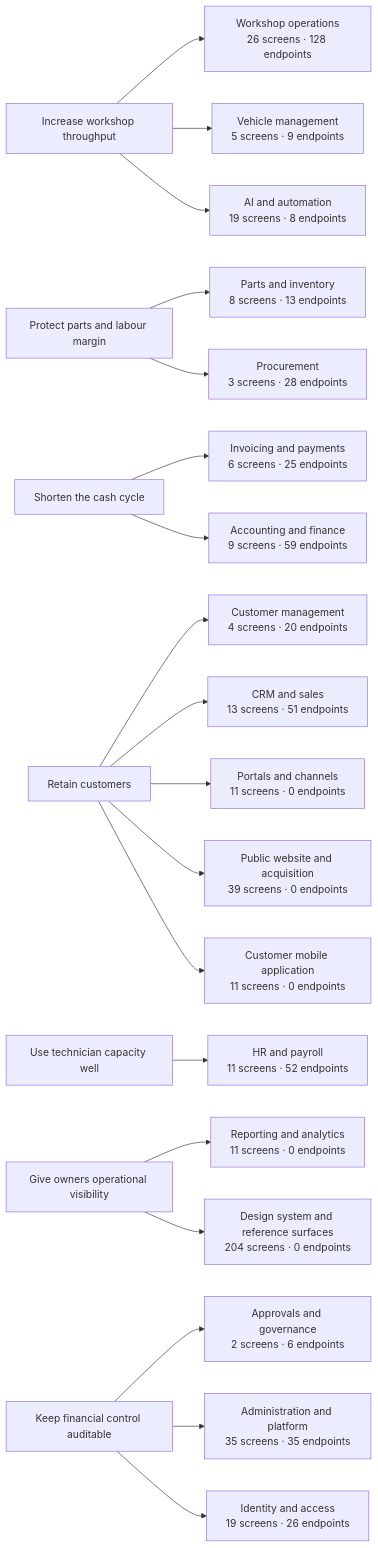
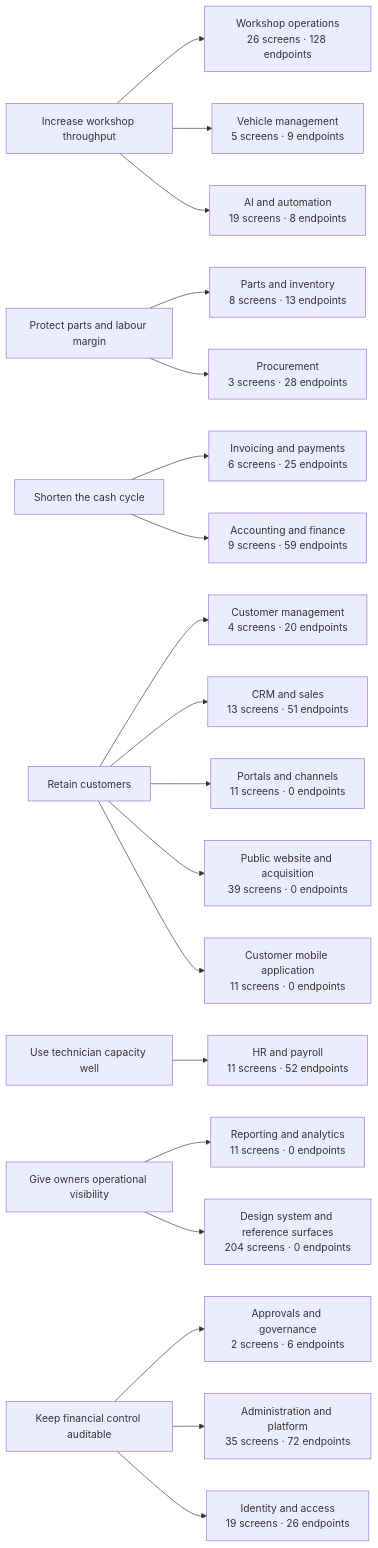
The diagram in docs/07_BUSINESS_ANALYSIS/BUSINESS_CAPABILITY_MAP.md (tazamohd/SlClNe), drawn with Mermaid before and after one commit. The commit also changed other lines of this file and 65 other files, not shown here.

````diff
--- a/docs/07_BUSINESS_ANALYSIS/BUSINESS_CAPABILITY_MAP.md
+++ b/docs/07_BUSINESS_ANALYSIS/BUSINESS_CAPABILITY_MAP.md
@@ -22,46 +22,46 @@
 ```mermaid
 flowchart LR
   OBJ_THROUGHPUT["Increase workshop throughput"]
   OBJ_MARGIN["Protect parts and labour margin"]
   OBJ_CASH["Shorten the cash cycle"]
   OBJ_RETENTION["Retain customers"]
   OBJ_CAPACITY["Use technician capacity well"]
   OBJ_VISIBILITY["Give owners operational visibility"]
   OBJ_CONTROL["Keep financial control auditable"]
   CAP_WORKSHOP["Workshop operations<br/>26 screens · 128 endpoints"]
   OBJ_THROUGHPUT --> CAP_WORKSHOP
   CAP_CUSTOMERS["Customer management<br/>4 screens · 20 endpoints"]
   OBJ_RETENTION --> CAP_CUSTOMERS
   CAP_VEHICLES["Vehicle management<br/>5 screens · 9 endpoints"]
   OBJ_THROUGHPUT --> CAP_VEHICLES
   CAP_INVENTORY["Parts and inventory<br/>8 screens · 13 endpoints"]
   OBJ_MARGIN --> CAP_INVENTORY
   CAP_PROCUREMENT["Procurement<br/>3 screens · 28 endpoints"]
   OBJ_MARGIN --> CAP_PROCUREMENT
   CAP_BILLING["Invoicing and payments<br/>6 screens · 25 endpoints"]
   OBJ_CASH --> CAP_BILLING
   CAP_ACCOUNTING["Accounting and finance<br/>9 screens · 59 endpoints"]
   OBJ_CASH --> CAP_ACCOUNTING
   CAP_HR["HR and payroll<br/>11 screens · 52 endpoints"]
   OBJ_CAPACITY --> CAP_HR
   CAP_CRM["CRM and sales<br/>13 screens · 51 endpoints"]
   OBJ_RETENTION --> CAP_CRM
   CAP_REPORTING["Reporting and analytics<br/>11 screens · 0 endpoints"]
   OBJ_VISIBILITY --> CAP_REPORTING
   CAP_GOVERNANCE["Approvals and governance<br/>2 screens · 6 endpoints"]
   OBJ_CONTROL --> CAP_GOVERNANCE
   CAP_PORTALS["Portals and channels<br/>11 screens · 0 endpoints"]
   OBJ_RETENTION --> CAP_PORTALS
   CAP_AI["AI and automation<br/>19 screens · 8 endpoints"]
   OBJ_THROUGHPUT --> CAP_AI
-  CAP_PLATFORM["Administration and platform<br/>35 screens · 35 endpoints"]
+  CAP_PLATFORM["Administration and platform<br/>35 screens · 72 endpoints"]
   OBJ_CONTROL --> CAP_PLATFORM
   CAP_IDENTITY["Identity and access<br/>19 screens · 26 endpoints"]
   OBJ_CONTROL --> CAP_IDENTITY
   CAP_WEBSITE["Public website and acquisition<br/>39 screens · 0 endpoints"]
   OBJ_RETENTION --> CAP_WEBSITE
   CAP_CUSTOMERAPP["Customer mobile application<br/>11 screens · 0 endpoints"]
   OBJ_RETENTION --> CAP_CUSTOMERAPP
   CAP_DESIGNSYSTEM["Design system and reference surfaces<br/>204 screens · 0 endpoints"]
   OBJ_VISIBILITY --> CAP_DESIGNSYSTEM
 ```
````
